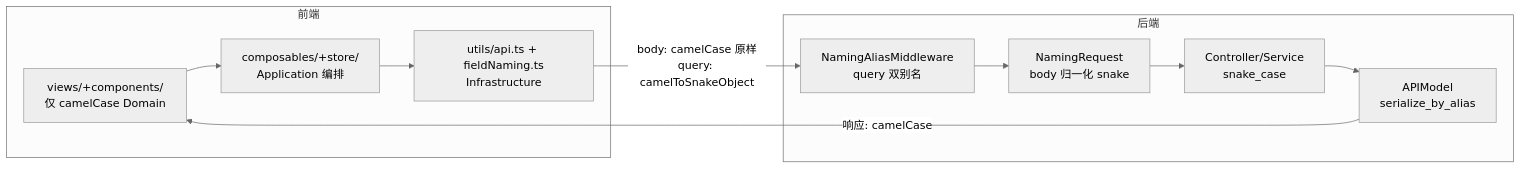
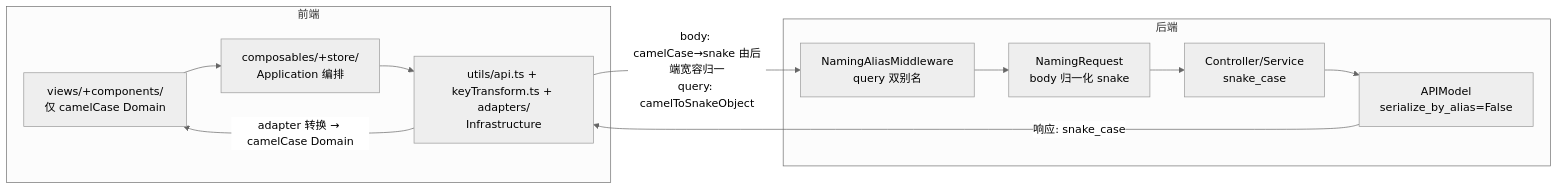
Before and after one commit to ydz-auto/intelligent_audio_test: the diagram in Intelligent-Audio-TEST/doc/功能设计文档/10_系统架构/前后端字段命名适配机制.md, drawn with Mermaid (neutral theme). The commit also changed other lines of this file and 12 other files, not shown here.

````diff
--- a/Intelligent-Audio-TEST/doc/功能设计文档/10_系统架构/前后端字段命名适配机制.md
+++ b/Intelligent-Audio-TEST/doc/功能设计文档/10_系统架构/前后端字段命名适配机制.md
@@ -16,14 +18,15 @@
 ```mermaid
 flowchart LR
     subgraph 前端
         A[views/+components/<br/>仅 camelCase Domain] --> B[composables/+store/<br/>Application 编排]
-        B --> C[utils/api.ts + fieldNaming.ts<br/>Infrastructure]
+        B --> C[utils/api.ts + keyTransform.ts + adapters/<br/>Infrastructure]
     end
-    C -->|body: camelCase 原样<br/>query: camelToSnakeObject| D
+    C -->|body: camelCase→snake 由后端宽容归一<br/>query: camelToSnakeObject| D
     subgraph 后端
         D[NamingAliasMiddleware<br/>query 双别名] --> E[NamingRequest<br/>body 归一化 snake]
         E --> F[Controller/Service<br/>snake_case]
-        F --> G[APIModel<br/>serialize_by_alias]
+        F --> G[APIModel<br/>serialize_by_alias=False]
     end
-    G -->|响应: camelCase| A
+    G -->|响应: snake_case| C
+    C -->|adapter 转换 → camelCase Domain| A
 ```
````
